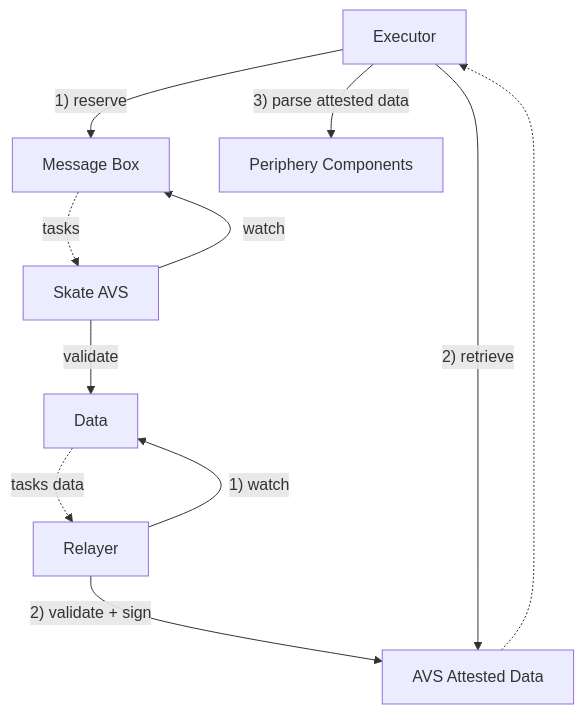
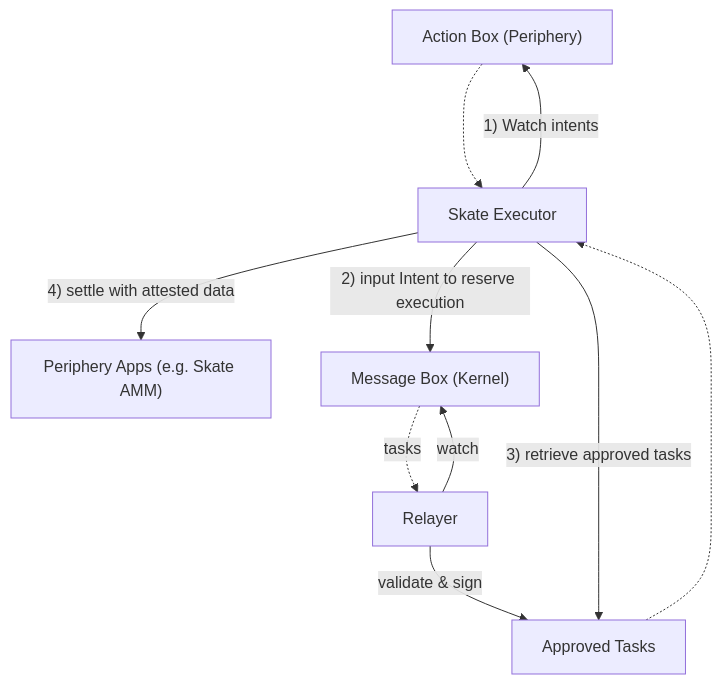
Before and after one commit to Skate-Org/docs: the diagram in main/infrastructure-components/execution-network/overview.mdx, drawn with Mermaid. The commit also changed other lines of this file and 21 other files, not shown here.

````diff
--- a/main/infrastructure-components/execution-network/overview.mdx
+++ b/main/infrastructure-components/execution-network/overview.mdx
@@ -22,26 +43,24 @@
 ```mermaid
   flowchart TB
-    executor[Executor]
-    MB[Message Box]
-    periphery[Periphery Components]
-    AVS[Skate AVS]
+    periphery["Periphery Apps (e.g. Skate AMM)"]
+    AB["Action Box (Periphery)"]
+    executor[Skate Executor]
+    MB["Message Box (Kernel)"]
     relayer[Relayer]
-    data[Data]
-    signed_data[AVS Attested Data]
+    signed_data[Approved Tasks]
 
-    executor -- "1) reserve" --> MB
+    executor -- "1) Watch intents" --> AB
+    AB -..-> executor
 
-    AVS -- watch --> MB
-    MB -. tasks .-> AVS
+    executor -- "2) input Intent to reserve execution" --> MB
 
-    AVS -- validate --> data
-    relayer -- "1) watch" --> data
+    MB -. tasks .-> relayer
+    relayer -- "watch " --> MB
 
-    data -. tasks data .-> relayer
-    relayer -- "2) validate + sign" --> signed_data
+    relayer -- "validate & sign" --> signed_data
 
-    executor -- "2) retrieve" --> signed_data
+    executor -- "3) retrieve approved tasks" --> signed_data
     signed_data -..-> executor
 
-    executor -- "3) parse attested data" --> periphery
+    executor -- "4) settle with attested data" --> periphery
 ```
````
